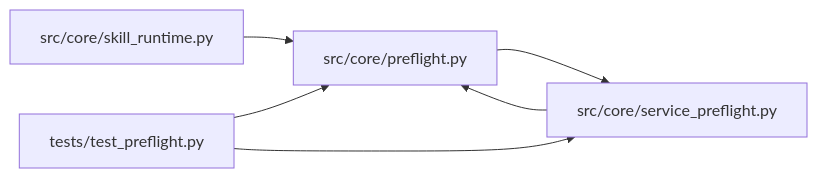
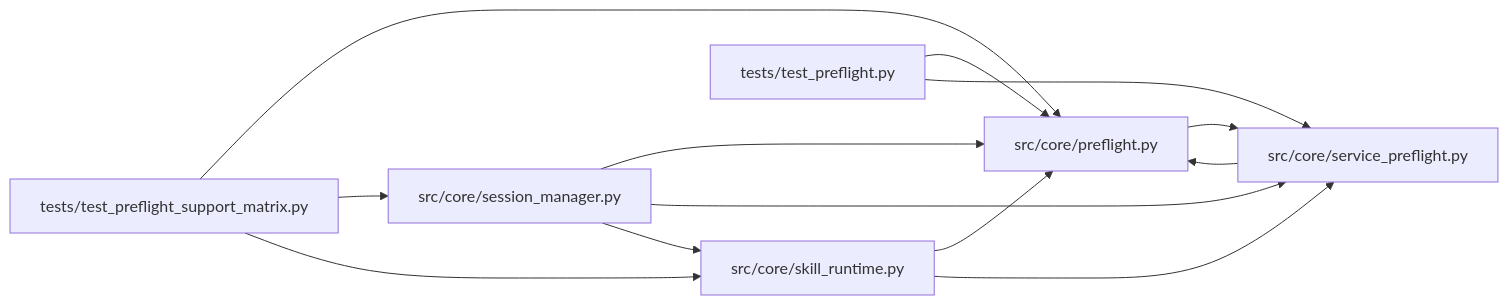
One commit to Denissvgn/autoresearch-agent changed the diagram in docs/llm_wiki/modules/preflight.md. Above: the diagram before and after it, drawn with Mermaid. The commit also changed other lines of this file and 1033 other files, not shown here.

````diff
--- a/docs/llm_wiki/modules/preflight.md
+++ b/docs/llm_wiki/modules/preflight.md
@@ -57,16 +59,27 @@
 ```mermaid
 flowchart LR
     n0["src/core/preflight.py"]
     n1["src/core/service_preflight.py"]
-    n2["src/core/skill_runtime.py"]
-    n3["tests/test_preflight.py"]
+    n2["src/core/session_manager.py"]
+    n3["src/core/skill_runtime.py"]
+    n4["tests/test_preflight.py"]
+    n5["tests/test_preflight_support_matrix.py"]
     n0 --> n1
     n1 --> n0
     n2 --> n0
+    n2 --> n1
+    n2 --> n3
     n3 --> n0
     n3 --> n1
+    n4 --> n0
+    n4 --> n1
+    n5 --> n0
+    n5 --> n2
+    n5 --> n3
     click n0 "../modules/preflight.md"
     click n1 "../modules/service_preflight.md"
-    click n2 "../modules/skill_runtime.md"
-    click n3 "../modules/test_preflight.md"
+    click n2 "../modules/session_manager.md"
+    click n3 "../modules/skill_runtime.md"
+    click n4 "../modules/test_preflight.md"
+    click n5 "../modules/test_preflight_support_matrix.md"
 ```
````
